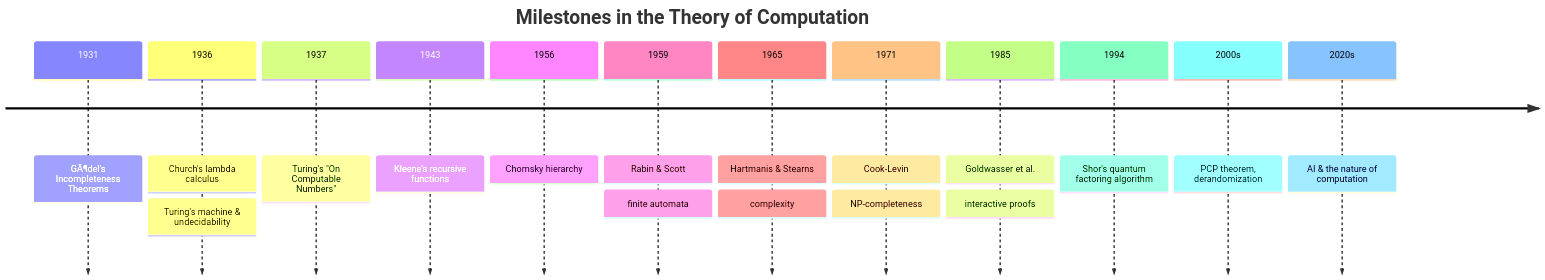
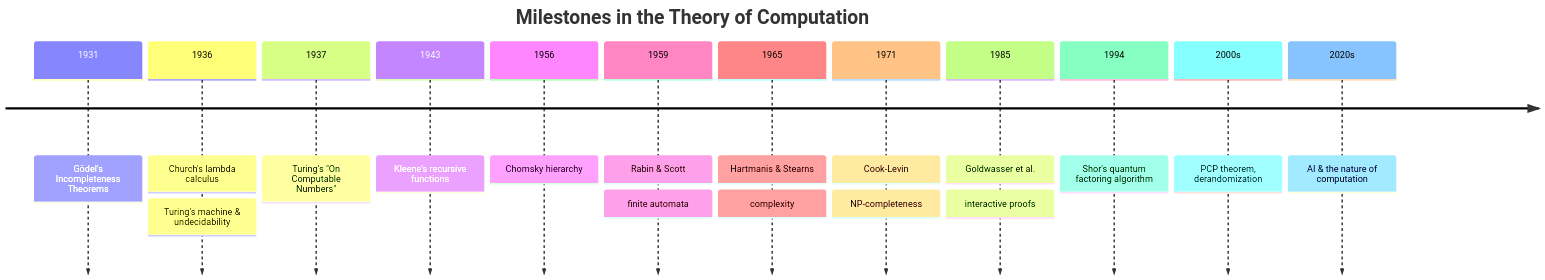
Before and after one commit to Raushan666java/ai-engineering-journey: the fifth of 5 diagrams in docs/courses/theory-of-computation/01-introduction.md, drawn with Mermaid. The commit also changed other lines of this file and 965 other files, not shown here.

````diff
--- a/docs/courses/theory-of-computation/01-introduction.md
+++ b/docs/courses/theory-of-computation/01-introduction.md
@@ -484,17 +484,17 @@
 ```mermaid
 timeline
     title Milestones in the Theory of Computation
-    1931 : GÃ¶del's Incompleteness Theorems
+    1931 : Gödel's Incompleteness Theorems
     1936 : Church's lambda calculus
          : Turing's machine & undecidability
     1937 : Turing's "On Computable Numbers"
     1943 : Kleene's recursive functions
     1956 : Chomsky hierarchy
     1959 : Rabin & Scott: finite automata
     1965 : Hartmanis & Stearns: complexity
     1971 : Cook-Levin: NP-completeness
     1985 : Goldwasser et al.: interactive proofs
     1994 : Shor's quantum factoring algorithm
     2000s : PCP theorem, derandomization
     2020s : AI & the nature of computation
 ```
````
